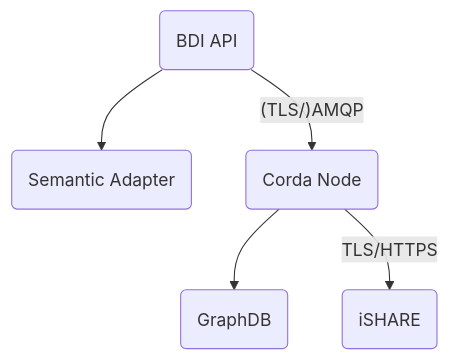
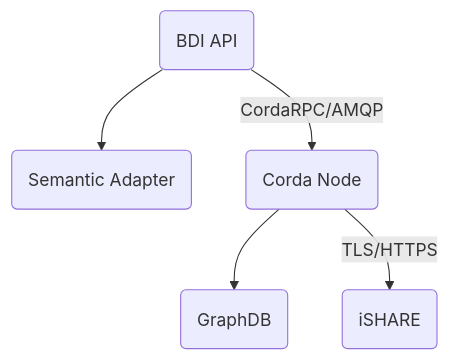
The diagram in README.md (federatedplatforms/Docker-BDI-Node), drawn with Mermaid before and after one commit. The commit also changed other lines of this file, not shown here.

````diff
--- a/README.md
+++ b/README.md
@@ -13,7 +13,7 @@
 ```mermaid
 graph TD
     API(BDI API) --> SEM(Semantic Adapter)
-    API(BDI API) -- (TLS/)AMQP --> CORDA(Corda Node)
+    API(BDI API) -- CordaRPC/AMQP --> CORDA(Corda Node)
     CORDA --> GRAPHDB(GraphDB)
     CORDA -- TLS/HTTPS --> ISHARE(iSHARE)
 ```
````
